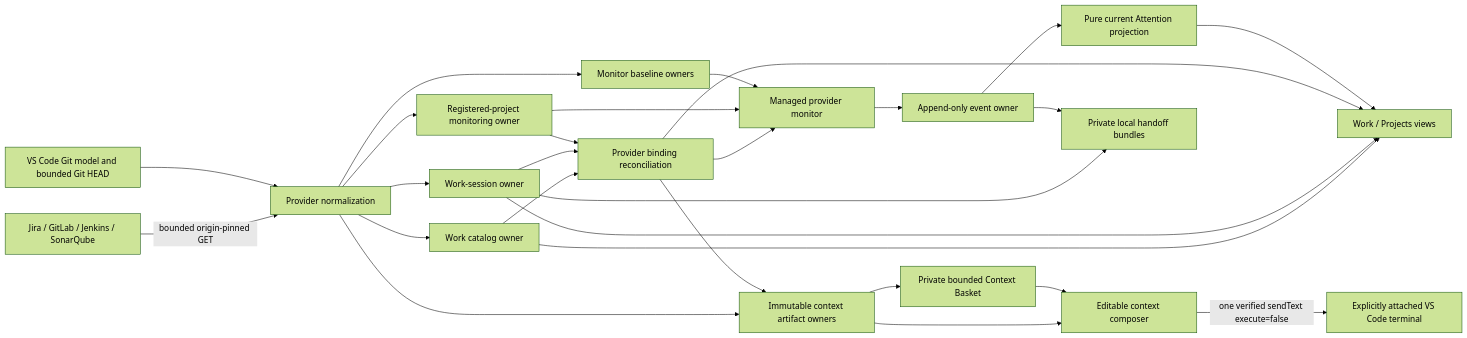
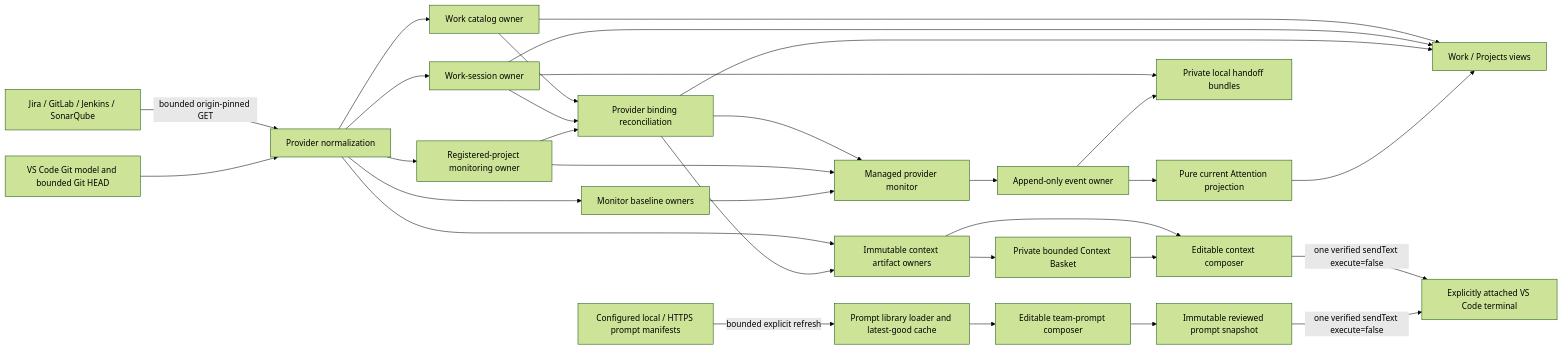
Before and after one commit to jmac4909/kronos: the diagram in docs/state-ownership.md, drawn with Mermaid (forest theme). The commit also changed other lines of this file and 31 other files, not shown here.

Commit message:
feat: add shared team prompt library

````diff
--- a/docs/state-ownership.md
+++ b/docs/state-ownership.md
@@ -5,29 +5,33 @@
 ```mermaid
 flowchart LR
   P[Jira / GitLab / Jenkins / SonarQube] -->|bounded origin-pinned GET| N[Provider normalization]
+  L[Configured local / HTTPS prompt manifests] -->|bounded explicit refresh| Q[Prompt library loader and latest-good cache]
   G[VS Code Git model and bounded Git HEAD] --> N
   N --> W[Work catalog owner]
   N --> S[Work-session owner]
   N --> PM[Registered-project monitoring owner]
   N --> B[Monitor baseline owners]
   N --> C[Immutable context artifact owners]
   W --> R[Provider binding reconciliation]
   S --> R
   PM --> R
   W --> V[Work / Projects views]
   S --> V
   R --> V
   R --> M
   R --> C
   PM --> M[Managed provider monitor]
   B --> M
   M --> E[Append-only event owner]
   E --> A[Pure current Attention projection]
   A --> V
   C --> X[Editable context composer]
   C --> K[Private bounded Context Basket]
   K --> X
+  Q --> PX[Editable team-prompt composer]
+  PX --> PC[Immutable reviewed prompt snapshot]
   S --> H[Private local handoff bundles]
   E --> H
   X -->|one verified sendText execute=false| T[Explicitly attached VS Code terminal]
+  PC -->|one verified sendText execute=false| T
 ```
````
